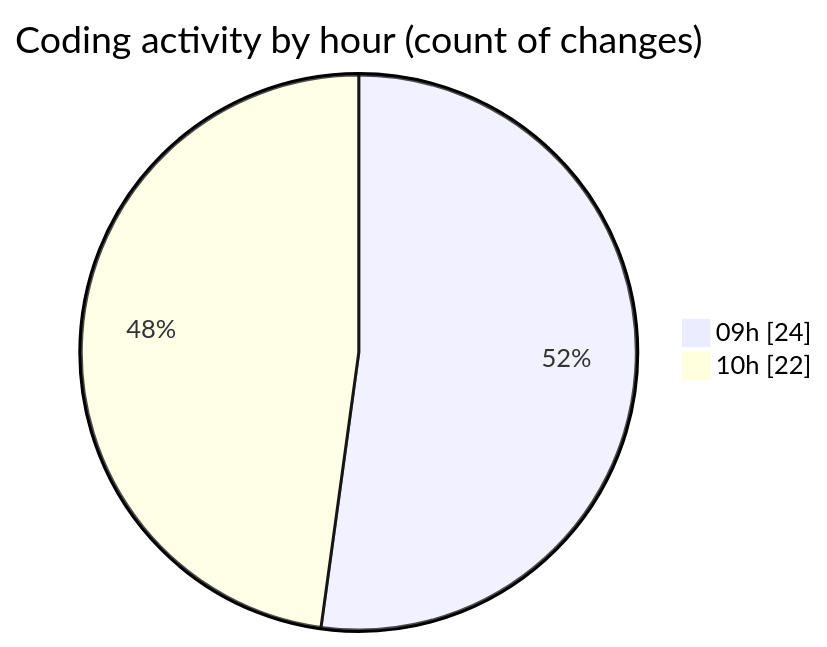
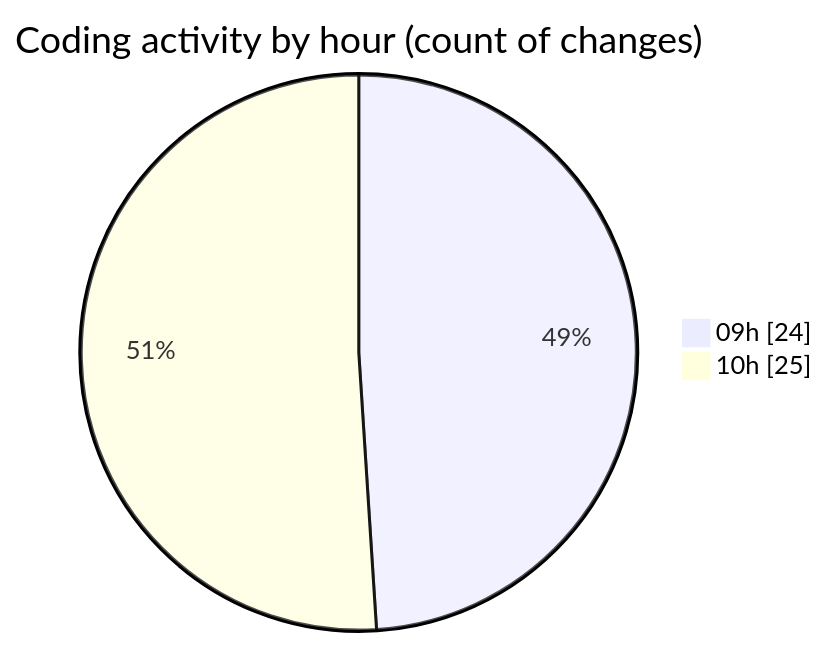
The second of 2 diagrams in 2025-05-08/myws__workspace_/README.md (MatusMokan/code-tracking), drawn with Mermaid before and after one commit. The commit also changed other lines of this file and 1 other file, not shown here.

````diff
--- a/2025-05-08/myws__workspace_/README.md
+++ b/2025-05-08/myws__workspace_/README.md
@@ -30,6 +30,6 @@
 ```mermaid
 pie showData
 title Coding activity by hour (count of changes)
 "09h" : 24
-"10h" : 22
+"10h" : 25
 ```
````
